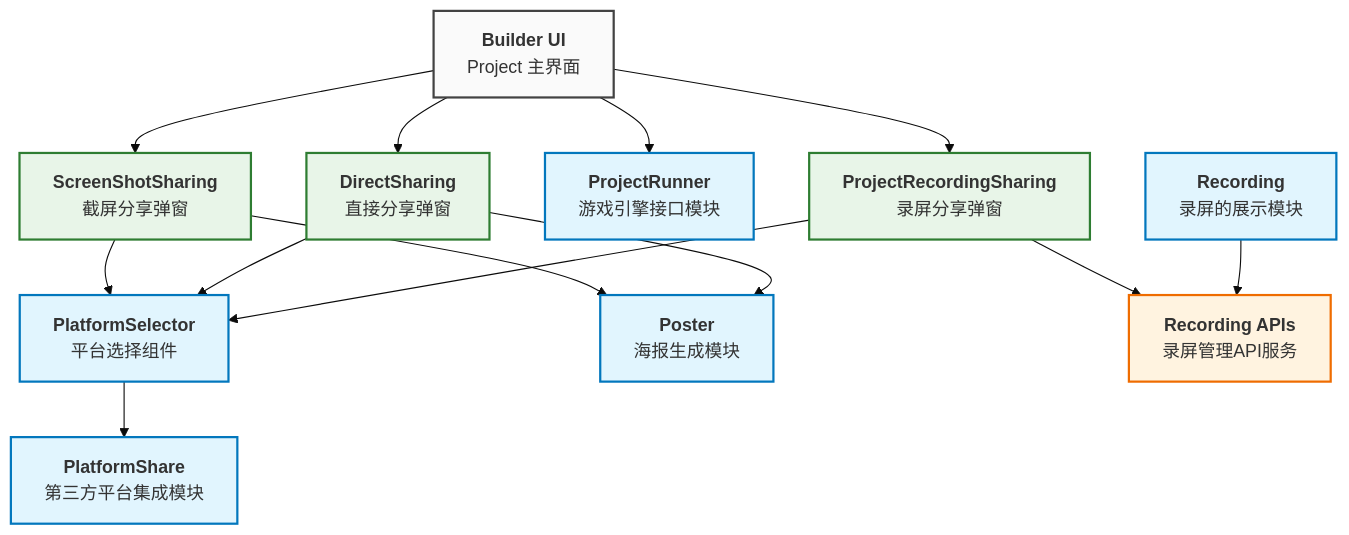
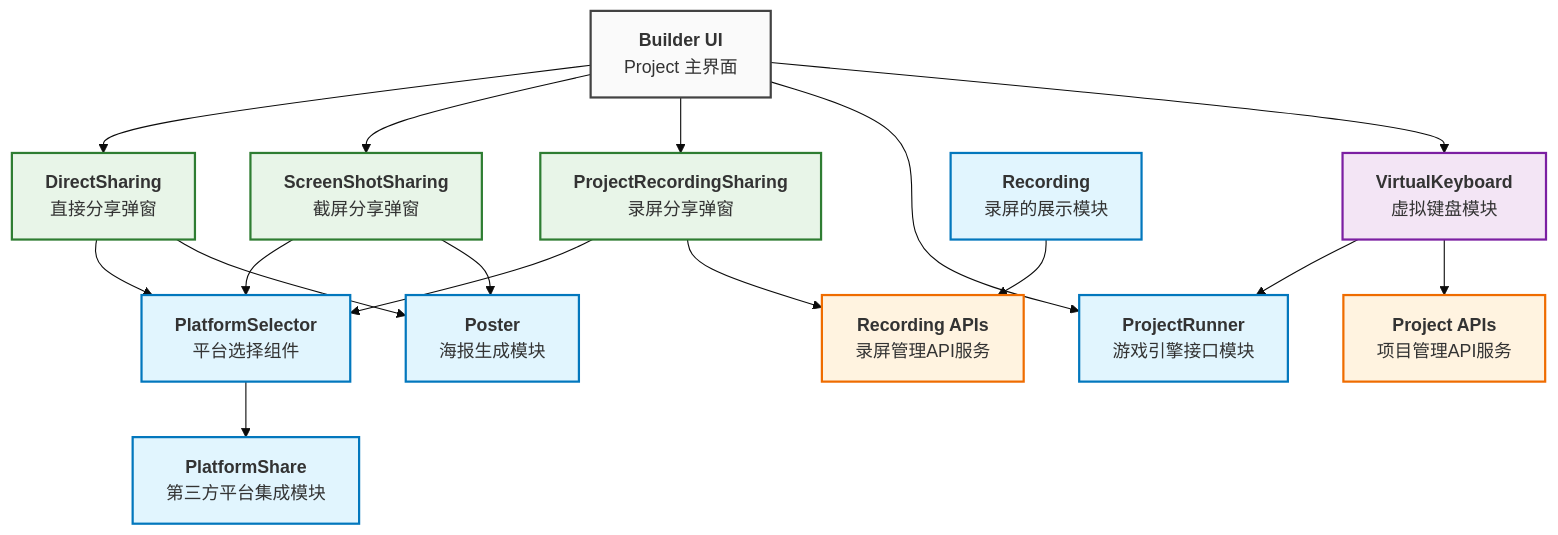
Before and after one commit to goplus/builder: the diagram in docs/develop/share/index.md, drawn with Mermaid (base theme). The commit also changed other lines of this file and 4 other files, not shown here.

Commit message:
feat: Organize the contact details of all modules in the architecture design and update the module relationship diagram

````diff
--- a/docs/develop/share/index.md
+++ b/docs/develop/share/index.md
@@ -120,6 +101,9 @@
     ProjectRecordingSharing["`**ProjectRecordingSharing**
     录屏分享弹窗`"]
 
+    VirtualKeyboard["`**VirtualKeyboard**
+    虚拟键盘模块`"]
+
     %% 平台相关模块
     PlatformSelector["`**PlatformSelector**
     平台选择组件`"]
@@ -137,14 +121,22 @@
     RecordingAPIs["`**Recording APIs**
     录屏管理API服务`"]
 
-    %% 主界面到分享弹窗
+    %% 主界面到分享弹窗和虚拟键盘
     BuilderUI --> DirectSharing
     BuilderUI --> ScreenShotSharing
     BuilderUI --> ProjectRecordingSharing
     BuilderUI --> ProjectRunner
+    BuilderUI --> VirtualKeyboard
+
+    %% 虚拟键盘与游戏引擎和API的交互
+    VirtualKeyboard --> ProjectRunner
+    VirtualKeyboard --> ProjectAPIs
+
+    %% Project APIs
+    ProjectAPIs["`**Project APIs**
+    项目管理API服务`"]
 
     %% 分享弹窗到平台选择器
-
     ScreenShotSharing --> PlatformSelector
     DirectSharing --> PlatformSelector
     ProjectRecordingSharing --> PlatformSelector
@@ -168,10 +160,12 @@
     classDef uiModule fill:#e8f5e8,stroke:#2e7d32,stroke-width:2px
     classDef apiModule fill:#fff3e0,stroke:#ef6c00,stroke-width:2px
     classDef builderModule fill:#fafafa,stroke:#424242,stroke-width:2px
+    classDef keyboardModule fill:#f3e5f5,stroke:#7b1fa2,stroke-width:2px
 
     class Poster,ProjectRunner,RecordingPage coreModule
     class PlatformSelector,PlatformShare platformModule
     class DirectSharing,ScreenShotSharing,ProjectRecordingSharing uiModule
-    class RecordingAPIs apiModule
+    class RecordingAPIs,ProjectAPIs apiModule
     class BuilderUI builderModule
+    class VirtualKeyboard keyboardModule
 ```
````
